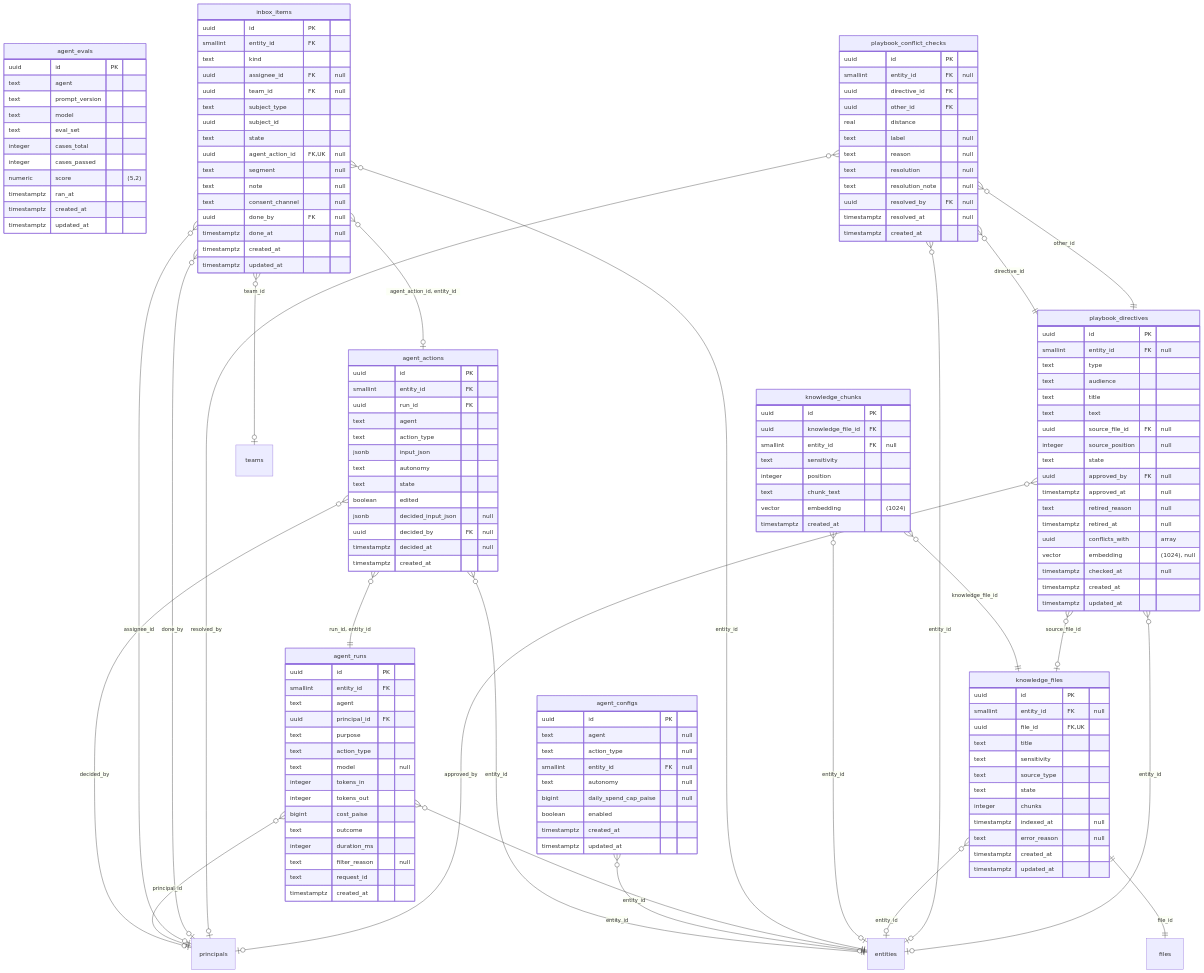
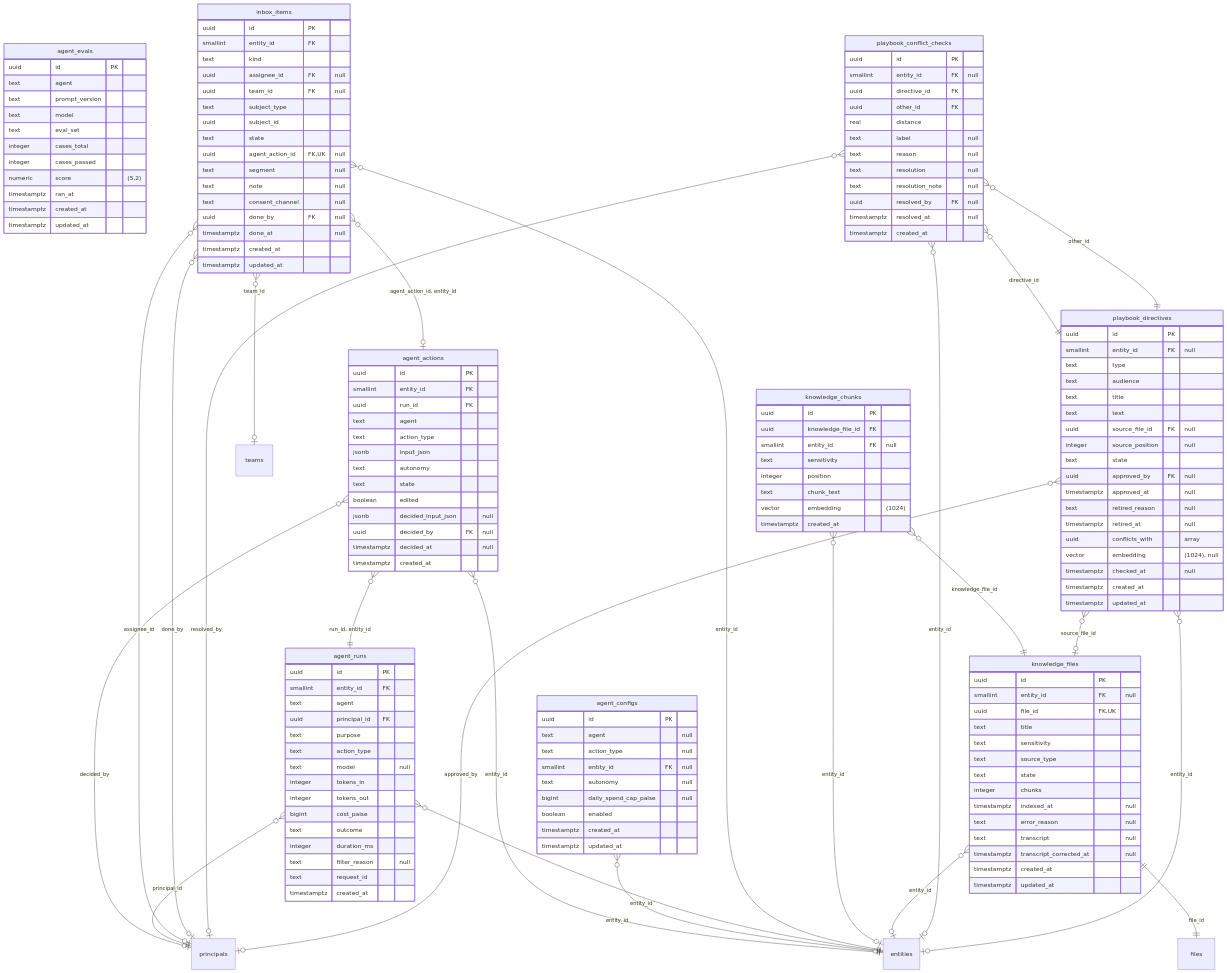
The sixth of 16 diagrams in docs/data/erd.md (techaust/shakti_prime), drawn with Mermaid before and after one commit. The commit also changed other lines of this file and 18 other files, not shown here.

```diff
--- a/docs/data/erd.md
+++ b/docs/data/erd.md
@@ -1018,6 +1018,8 @@
     integer chunks
     timestamptz indexed_at "null"
     text error_reason "null"
+    text transcript "null"
+    timestamptz transcript_corrected_at "null"
     timestamptz created_at
     timestamptz updated_at
   }
```
